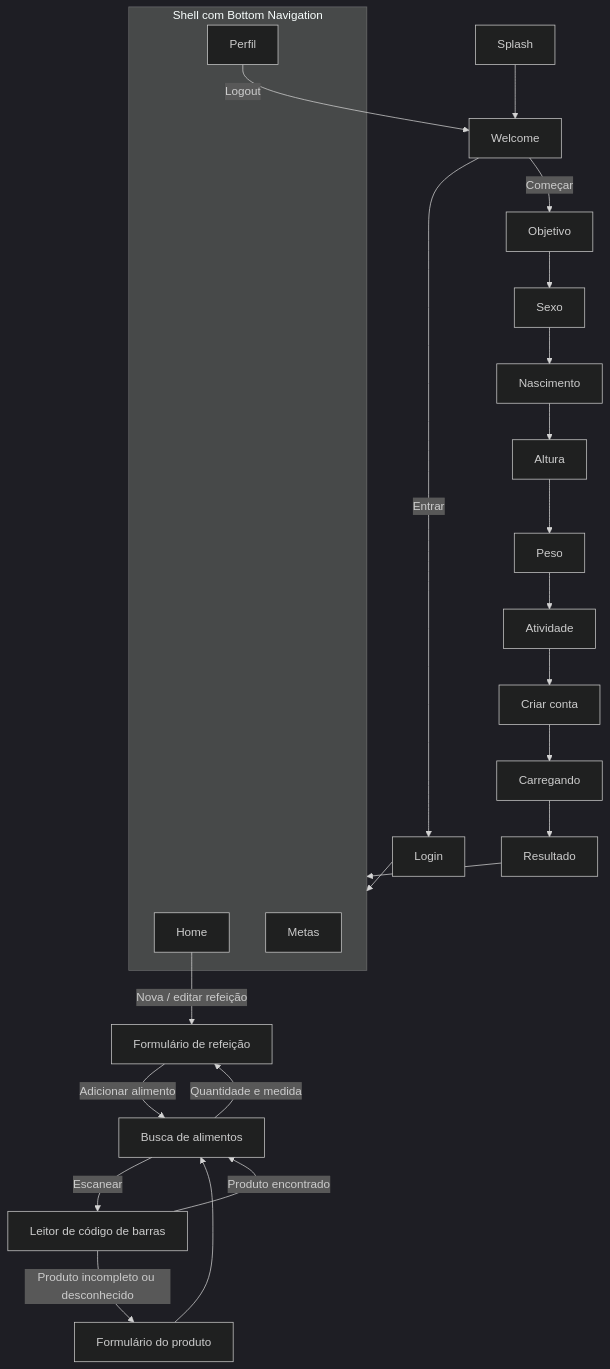
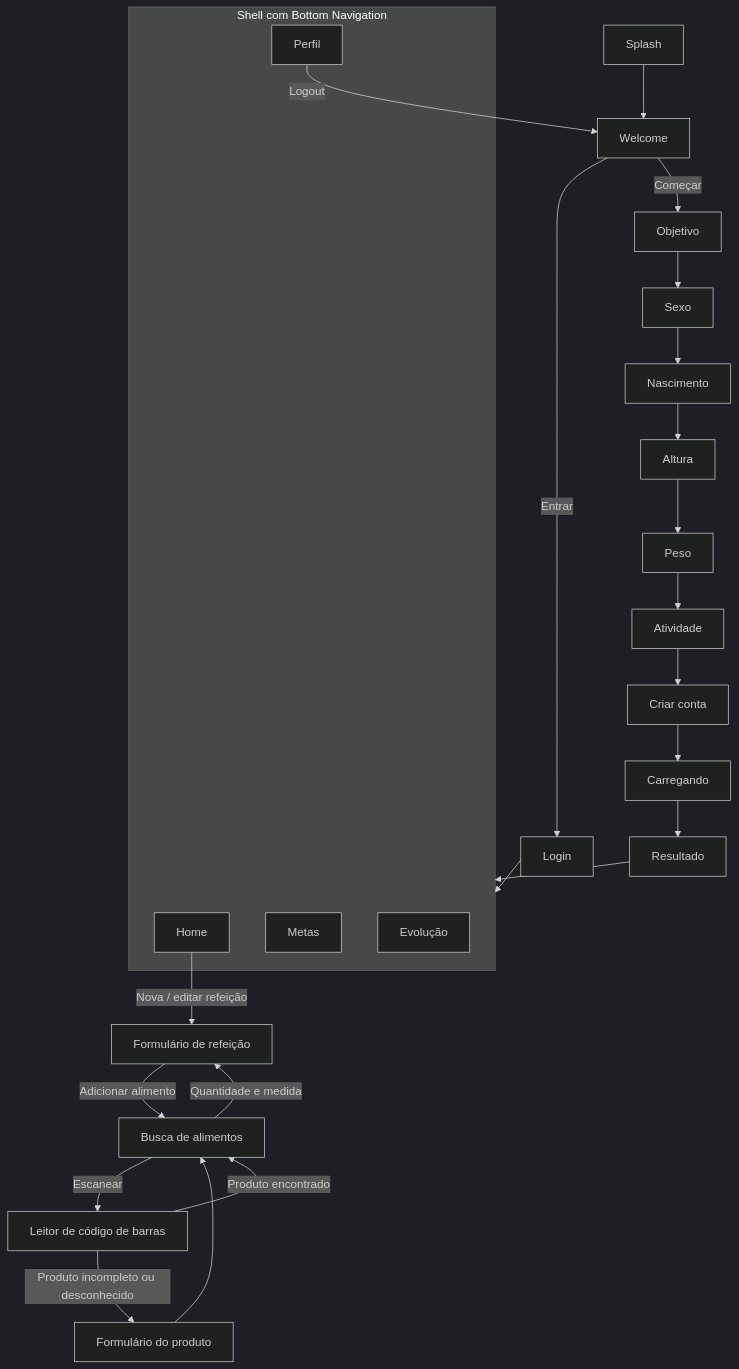
Before and after one commit to Gabrielvsiqueira/Oz_food_diary: the diagram in README.md, drawn with Mermaid (dark theme). The commit also changed other lines of this file and 1 other file, not shown here.

````diff
--- a/README.md
+++ b/README.md
@@ -217,24 +221,25 @@
 ```mermaid
 flowchart TD
     Splash --> Welcome
     Welcome -->|Entrar| Login
     Welcome -->|Começar| Goal[Objetivo]
     Goal --> Gender[Sexo] --> Birth[Nascimento] --> Height[Altura]
     Height --> Weight[Peso] --> Activity[Atividade] --> Account[Criar conta]
     Account --> Loading[Carregando] --> Result[Resultado]
     Login --> Main
     Result --> Main
     subgraph Main[Shell com Bottom Navigation]
         Home
         Metas
+        Evolução
         Perfil
     end
     Home -->|Nova / editar refeição| MealForm[Formulário de refeição]
     MealForm -->|Adicionar alimento| FoodSearch[Busca de alimentos]
     FoodSearch -->|Quantidade e medida| MealForm
     FoodSearch -->|Escanear| Scanner[Leitor de código de barras]
     Scanner -->|Produto incompleto ou desconhecido| ProductForm[Formulário do produto]
     Scanner -->|Produto encontrado| FoodSearch
     ProductForm --> FoodSearch
     Perfil -->|Logout| Welcome
 ```
````
